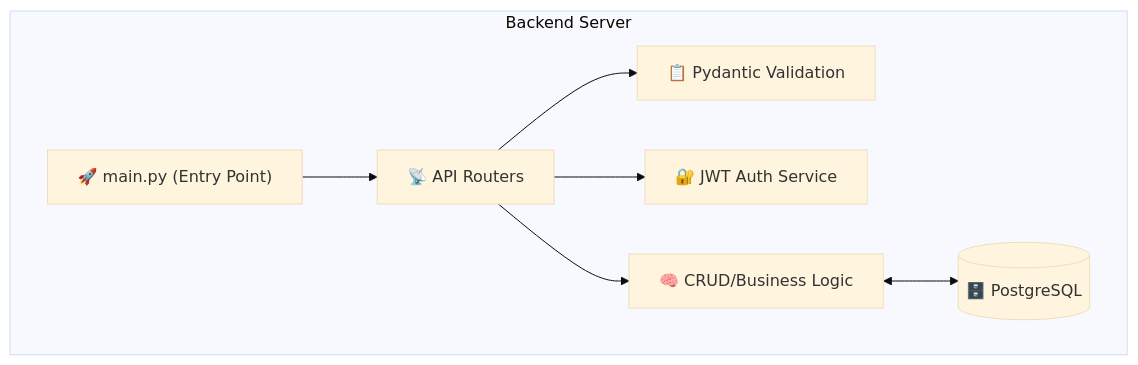
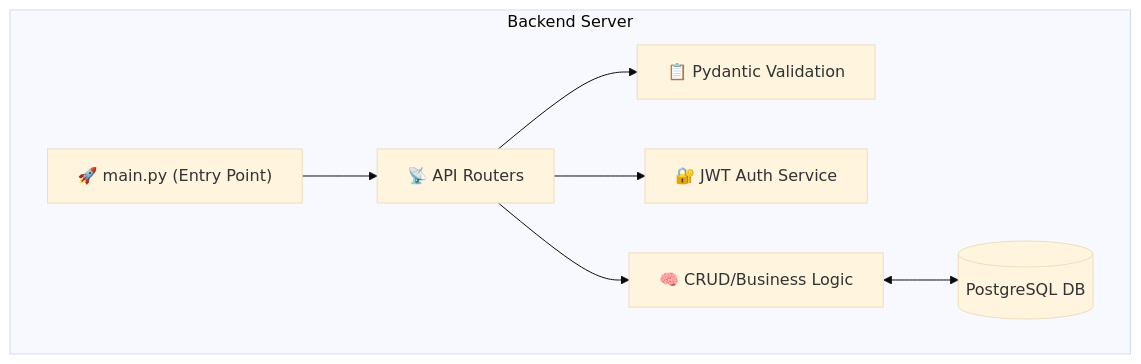
The fourth of 7 diagrams in README.md (aidilsaputrakirsan-classroom/cc-kelompok-a-extraordinary), drawn with Mermaid (base theme) before and after one commit. The commit also changed other lines of this file and 1 other file, not shown here.

````diff
--- a/README.md
+++ b/README.md
@@ -215,10 +233,10 @@
 ```mermaid
 graph TD
     subgraph "Backend Server"
         Entry["🚀 main.py (Entry Point)"] --> Router["📡 API Routers"]
         Router --> Valid["📋 Pydantic Validation"]
         Router --> AuthS["🔐 JWT Auth Service"]
         Router --> Logic["🧠 CRUD/Business Logic"]
-        Logic <--> Database[("🗄️ PostgreSQL")]
+        Logic <--> Database[(PostgreSQL DB)]
     end
 ```
````
